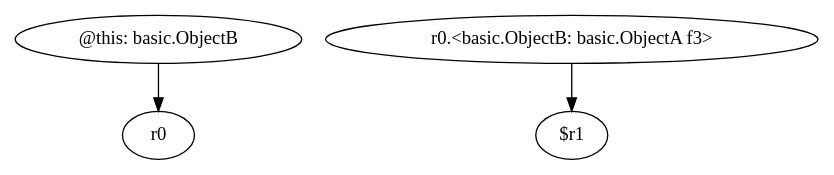
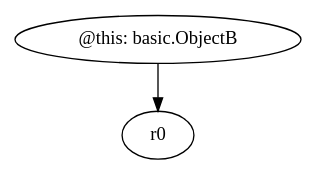
Before and after one commit to SeanCoek/zString: the diagram in relation2/<basic.ObjectB: basic.ObjectA getA()>.dot, drawn with Graphviz. The commit also changed 36 other files, not shown here.

```diff
--- a/relation2/<basic.ObjectB: basic.ObjectA getA()>.dot
+++ b/relation2/<basic.ObjectB: basic.ObjectA getA()>.dot
@@ -1,8 +1,5 @@
 digraph g {
 0[label="@this: basic.ObjectB"]
 1[label="r0"]
 0->1[label=""]
-2[label="r0.<basic.ObjectB: basic.ObjectA f3>"]
-3[label="$r1"]
-2->3[label=""]
 }
```
